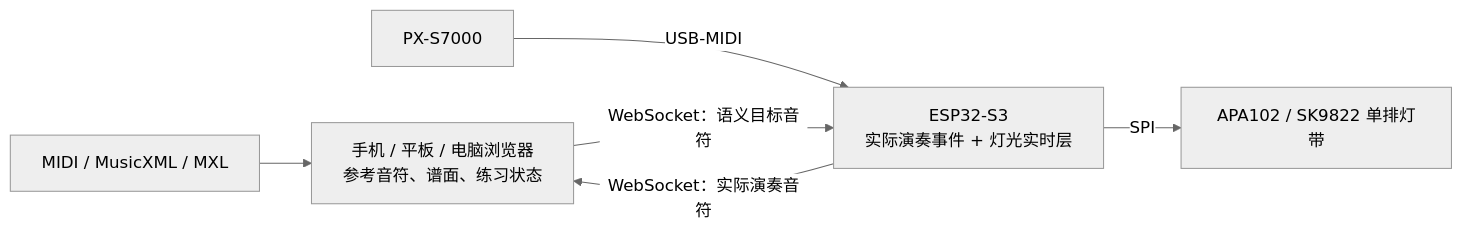
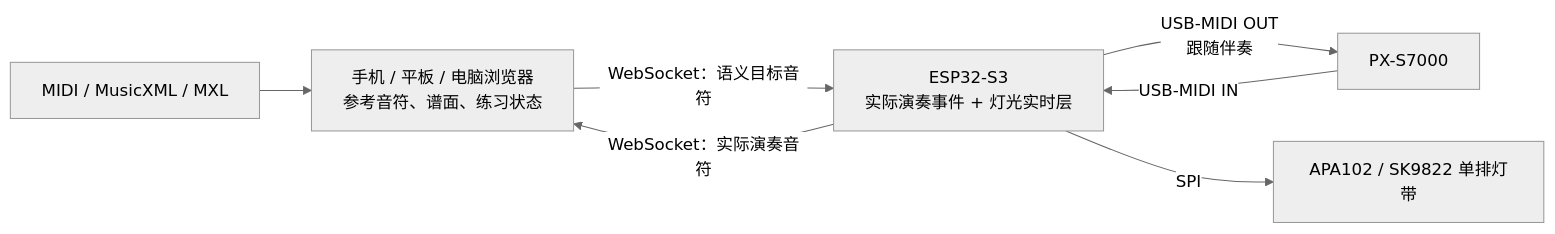
One commit to cheguevara-great-man/notefall88-px-s7000 changed the second of 2 diagrams in docs/pts-adoption-decision.md. Above: the diagram before and after it, drawn with Mermaid (neutral theme). The commit also changed other lines of this file and 21 other files, not shown here.

````diff
--- a/docs/pts-adoption-decision.md
+++ b/docs/pts-adoption-decision.md
@@ -44,8 +44,9 @@
 ```mermaid
 flowchart LR
     SCORE["MIDI / MusicXML / MXL"] --> B["手机 / 平板 / 电脑浏览器<br/>参考音符、谱面、练习状态"]
-    P["PX-S7000"] -->|"USB-MIDI"| E["ESP32-S3<br/>实际演奏事件 + 灯光实时层"]
+    P["PX-S7000"] -->|"USB-MIDI IN"| E["ESP32-S3<br/>实际演奏事件 + 灯光实时层"]
+    E -->|"USB-MIDI OUT<br/>跟随伴奏"| P
     E -->|"SPI"| LED["APA102 / SK9822 单排灯带"]
     E -->|"WebSocket：实际演奏音符"| B
     B -->|"WebSocket：语义目标音符"| E
 ```
````
